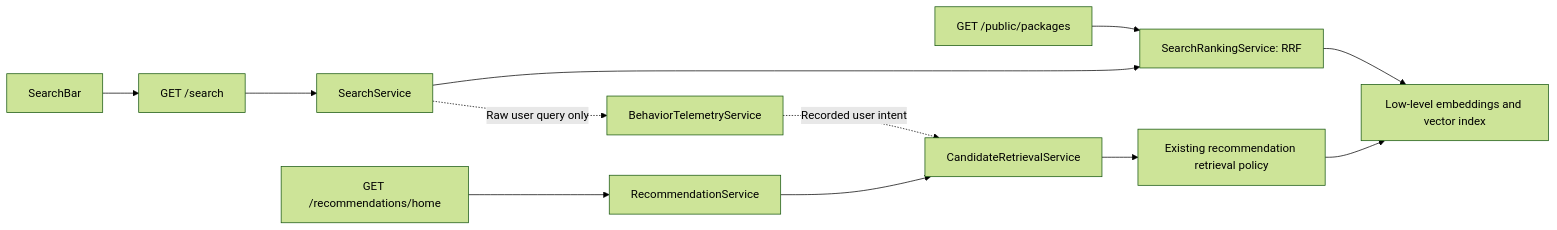
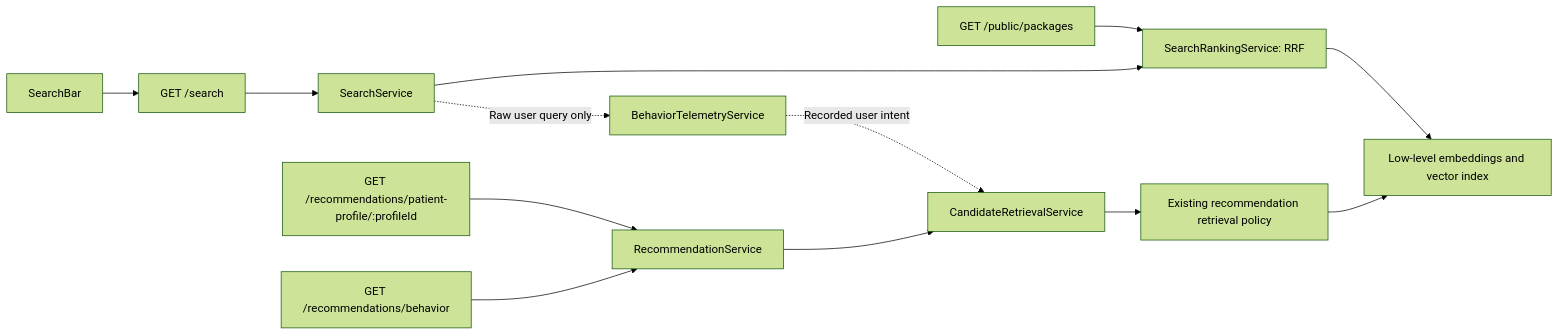
The diagram in src/modules/search/README.md (ThanhTuyenz/be_clinic), drawn with Mermaid (forest theme) before and after one commit. The commit also changed other lines of this file and 100 other files, not shown here.

Commit message:
feat: initialize backend service with prisma schema, authentication, and core clinic modules

````diff
--- a/src/modules/search/README.md
+++ b/src/modules/search/README.md
@@ -7,14 +7,15 @@
 ```mermaid
 flowchart LR
   Bar[SearchBar] --> API[GET /search]
   API --> Search[SearchService]
   Search --> RRF[SearchRankingService: RRF]
   Catalog[GET /public/packages] --> RRF
   RRF --> Vector[Low-level embeddings and vector index]
-  Home[GET /recommendations/home] --> Rec[RecommendationService]
+  Profile[GET /recommendations/patient-profile/:profileId] --> Rec[RecommendationService]
+  Interests[GET /recommendations/behavior] --> Rec
   Rec --> Candidate[CandidateRetrievalService]
   Candidate --> Legacy[Existing recommendation retrieval policy]
   Legacy --> Vector
   Search -. Raw user query only .-> Behavior[BehaviorTelemetryService]
   Behavior -. Recorded user intent .-> Candidate
 ```
````
